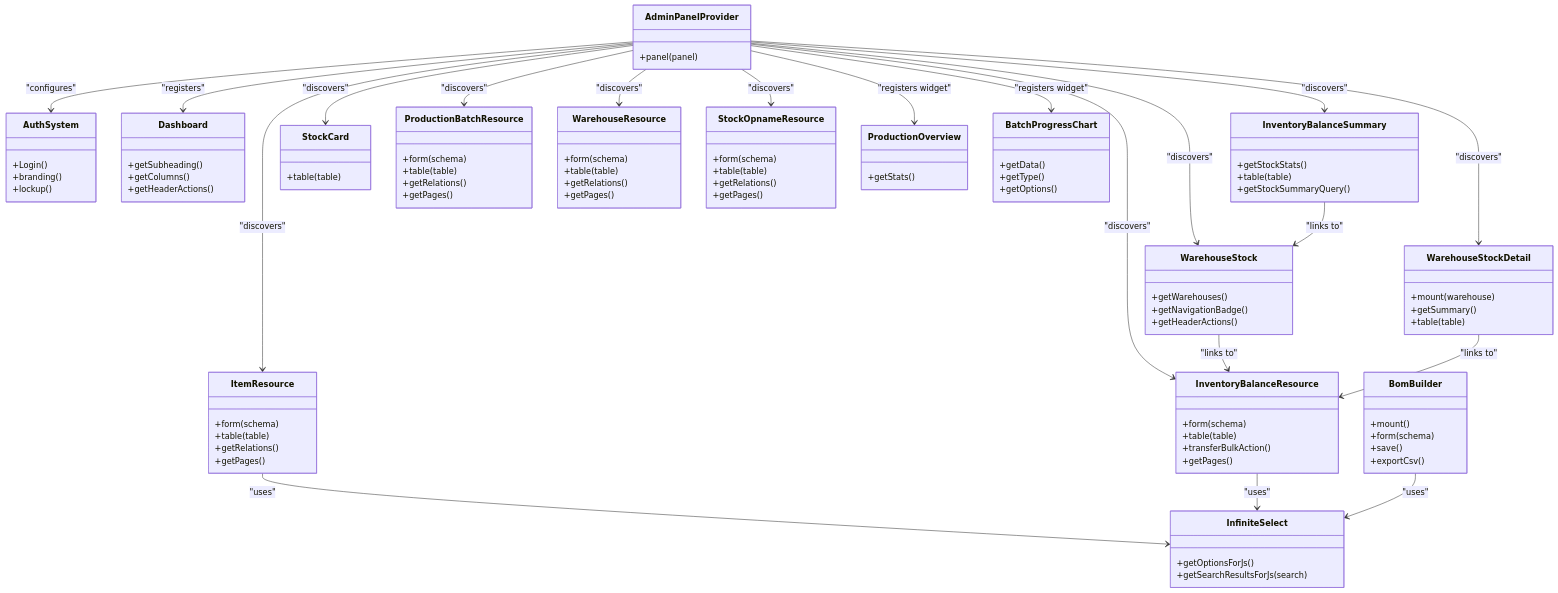
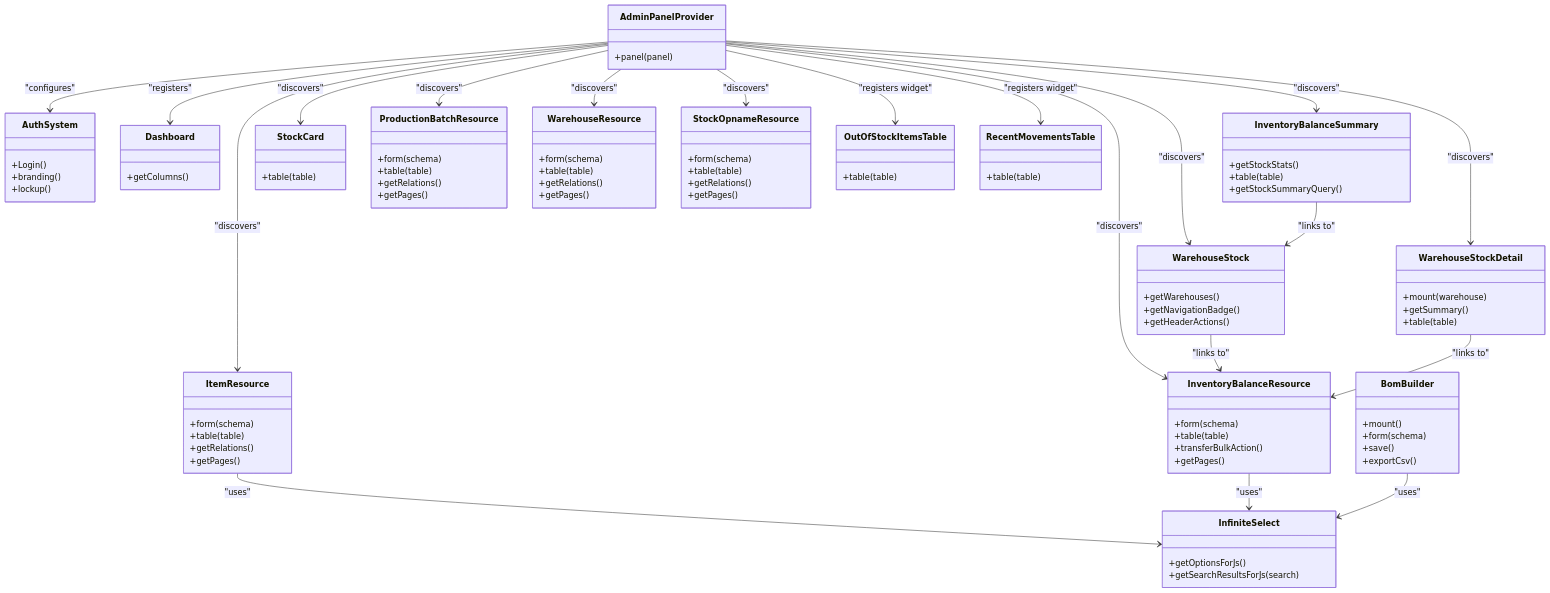
Before and after one commit to Dikksap/laravel_RsvHelmet: the second of 18 diagrams in .qoder/repowiki/en/content/Filament Admin Panel/Filament Admin Panel.md, drawn with Mermaid. The commit also changed other lines of this file and 13 other files, not shown here.

```diff
--- a/.qoder/repowiki/en/content/Filament Admin Panel/Filament Admin Panel.md
+++ b/.qoder/repowiki/en/content/Filament Admin Panel/Filament Admin Panel.md
@@ -140,9 +138,7 @@
 +lockup()
 }
 class Dashboard {
-+getSubheading()
 +getColumns()
-+getHeaderActions()
 }
 class WarehouseStock {
 +getWarehouses()
@@ -192,13 +188,11 @@
 +transferBulkAction()
 +getPages()
 }
-class ProductionOverview {
-+getStats()
+class OutOfStockItemsTable {
++table(table)
 }
-class BatchProgressChart {
-+getData()
-+getType()
-+getOptions()
+class RecentMovementsTable {
++table(table)
 }
 class InfiniteSelect {
 +getOptionsForJs()
@@ -221,8 +215,8 @@
 AdminPanelProvider --> WarehouseResource : "discovers"
 AdminPanelProvider --> StockOpnameResource : "discovers"
 AdminPanelProvider --> InventoryBalanceResource : "discovers"
-AdminPanelProvider --> ProductionOverview : "registers widget"
-AdminPanelProvider --> BatchProgressChart : "registers widget"
+AdminPanelProvider --> OutOfStockItemsTable : "registers widget"
+AdminPanelProvider --> RecentMovementsTable : "registers widget"
 ItemResource --> InfiniteSelect : "uses"
 InventoryBalanceResource --> InfiniteSelect : "uses"
 BomBuilder --> InfiniteSelect : "uses"
```
